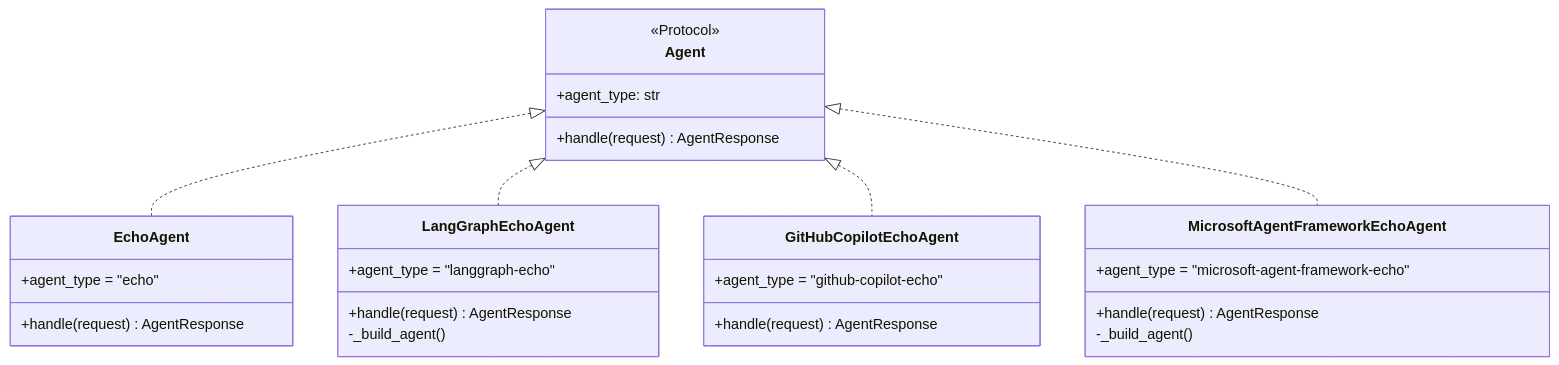
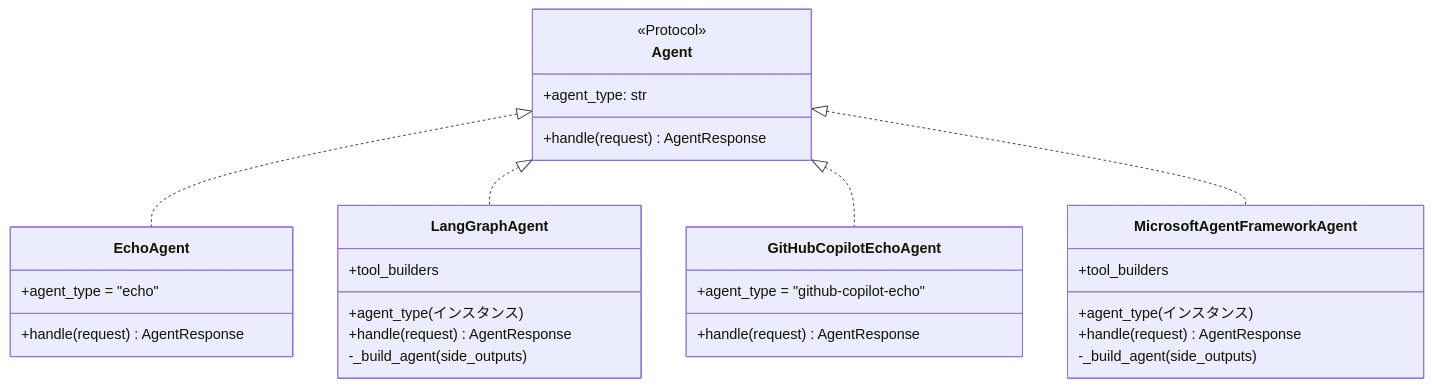
One commit to ks6088ts-labs/concierge changed the second of 2 diagrams in docs/cloud_agent/index.ja.md. Above: the diagram before and after it, drawn with Mermaid. The commit also changed other lines of this file and 28 other files, not shown here.

First line of the commit message:
Refactor LangGraph and Microsoft Agent Classes

````diff
--- a/docs/cloud_agent/index.ja.md
+++ b/docs/cloud_agent/index.ja.md
@@ -43,30 +45,32 @@
 ```mermaid
 classDiagram
     class Agent {
         <<Protocol>>
         +agent_type: str
         +handle(request) AgentResponse
     }
     class EchoAgent {
         +agent_type = "echo"
         +handle(request) AgentResponse
     }
-    class LangGraphEchoAgent {
-        +agent_type = "langgraph-echo"
+    class LangGraphAgent {
+        +agent_type (インスタンス)
+        +tool_builders
         +handle(request) AgentResponse
-        -_build_agent()
+        -_build_agent(side_outputs)
     }
     class GitHubCopilotEchoAgent {
         +agent_type = "github-copilot-echo"
         +handle(request) AgentResponse
     }
-    class MicrosoftAgentFrameworkEchoAgent {
-        +agent_type = "microsoft-agent-framework-echo"
+    class MicrosoftAgentFrameworkAgent {
+        +agent_type (インスタンス)
+        +tool_builders
         +handle(request) AgentResponse
-        -_build_agent()
+        -_build_agent(side_outputs)
     }
     Agent <|.. EchoAgent
-    Agent <|.. LangGraphEchoAgent
+    Agent <|.. LangGraphAgent
     Agent <|.. GitHubCopilotEchoAgent
-    Agent <|.. MicrosoftAgentFrameworkEchoAgent
+    Agent <|.. MicrosoftAgentFrameworkAgent
 ```
````
